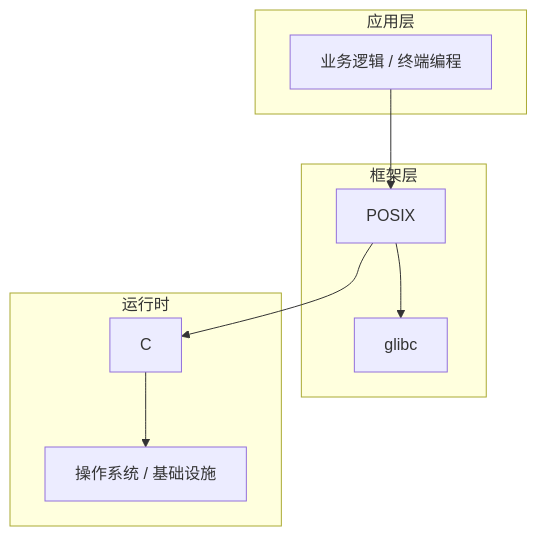
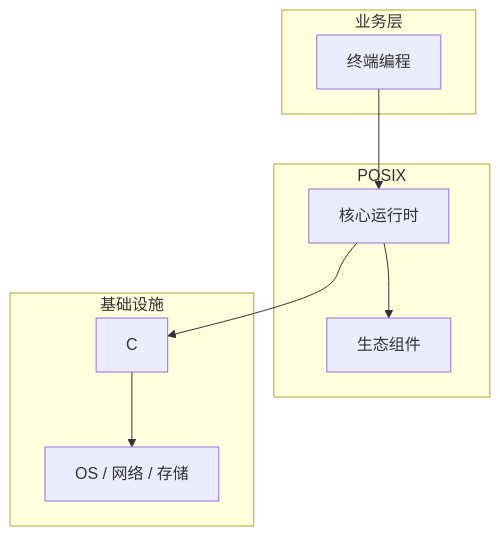
One commit to yanggan2015/knowledge-json-v2 changed the diagram in articles/Linux系统编程/chapters/097-终端编程核心概念与原理.md. Above: the diagram before and after it, drawn with Mermaid. The commit also changed other lines of this file and 10127 other files, not shown here.

````diff
--- a/articles/Linux系统编程/chapters/097-终端编程核心概念与原理.md
+++ b/articles/Linux系统编程/chapters/097-终端编程核心概念与原理.md
@@ -45,18 +34,18 @@
 ```mermaid
 graph TB
-    subgraph 应用层
-        A[业务逻辑 / 终端编程]
+    subgraph 业务层
+        A[终端编程]
     end
-    subgraph 框架层
-        B[POSIX]
-        C[glibc]
+    subgraph POSIX
+        B[核心运行时]
+        C[生态组件]
     end
-    subgraph 运行时
+    subgraph 基础设施
         D[C]
-        E[操作系统 / 基础设施]
+        E[OS / 网络 / 存储]
     end
     A --> B
     B --> C
     B --> D
     D --> E
 ```
````
